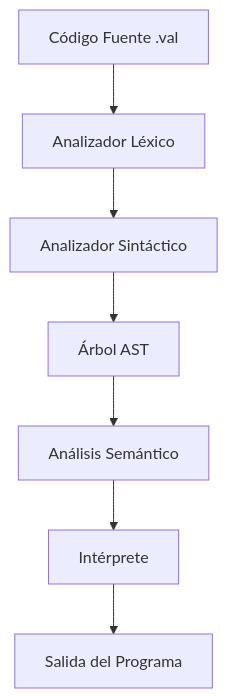
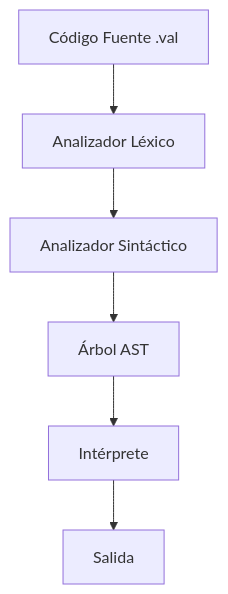
The diagram in docs/technical.md (Martin-Adones/Compilador-Valorant), drawn with Mermaid before and after one commit. The commit also changed other lines of this file and 29 other files, not shown here.

````diff
--- a/docs/technical.md
+++ b/docs/technical.md
@@ -14,9 +29,8 @@
 ```mermaid
 graph TD
     A[Código Fuente .val] --> B[Analizador Léxico]
     B --> C[Analizador Sintáctico]
     C --> D[Árbol AST]
-    D --> E[Análisis Semántico]
-    E --> F[Intérprete]
-    F --> G[Salida del Programa]
+    D --> E[Intérprete]
+    E --> F[Salida]
 ```
````
